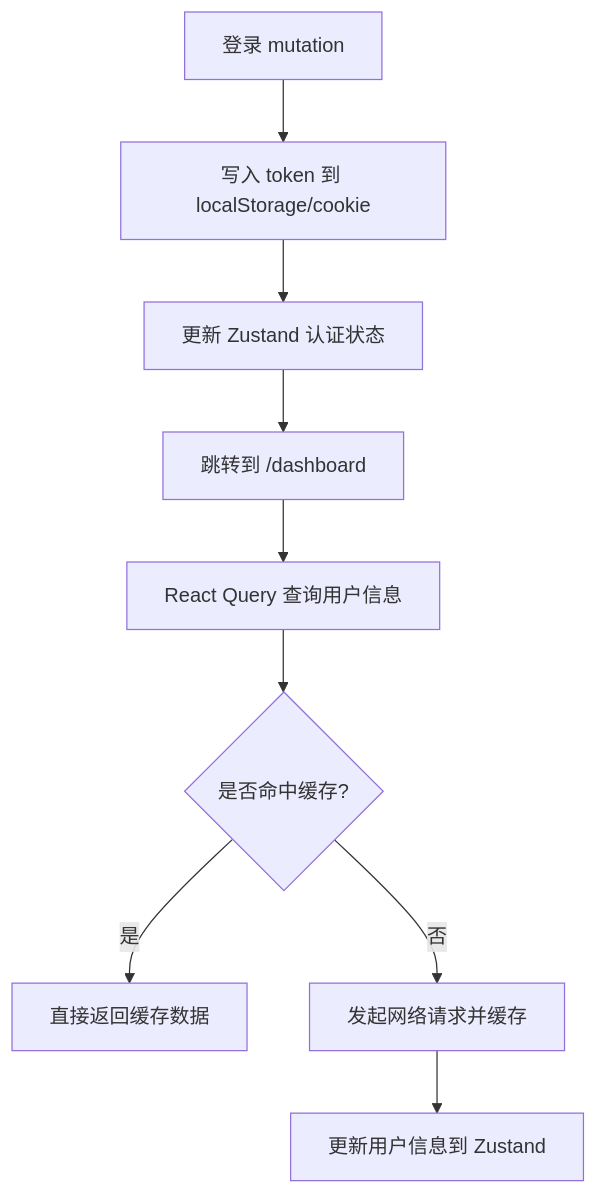
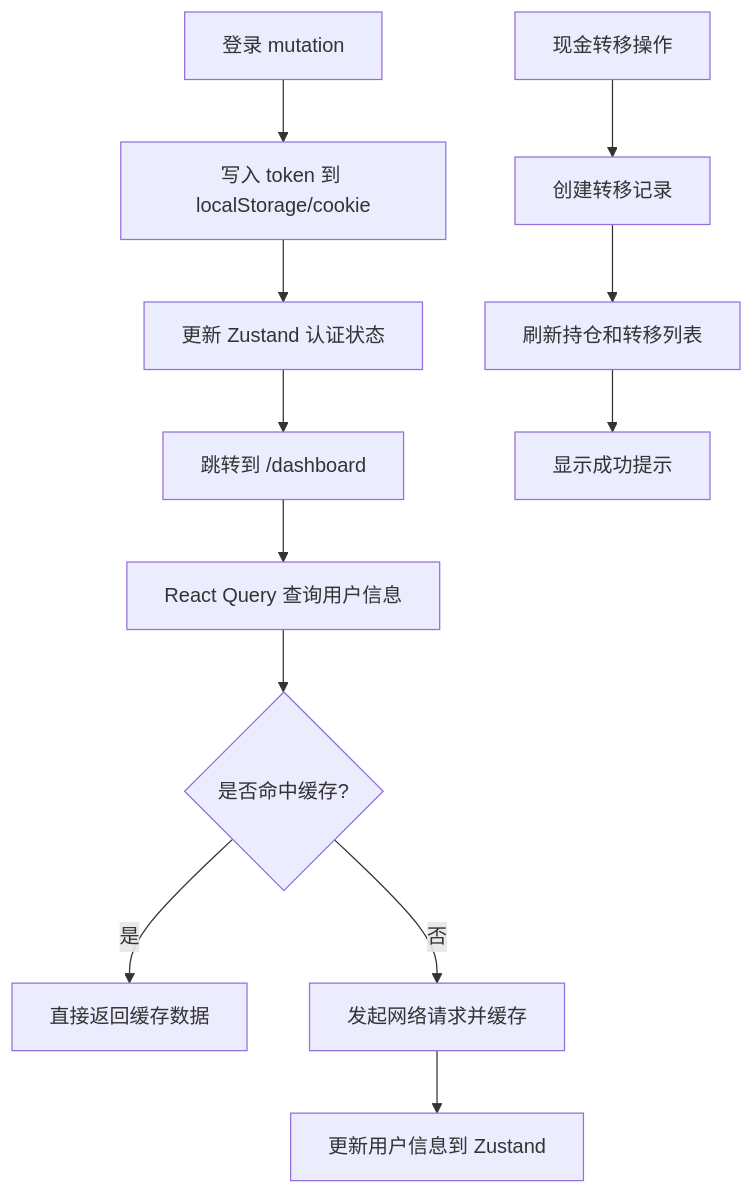
One commit to gujialind/InvestRing changed the fifth of 8 diagrams in .qoder/repowiki/zh/content/前端应用架构/前端应用架构.md. Above: the diagram before and after it, drawn with Mermaid. The commit also changed other lines of this file and 42 other files, not shown here.

````diff
--- a/.qoder/repowiki/zh/content/前端应用架构/前端应用架构.md
+++ b/.qoder/repowiki/zh/content/前端应用架构/前端应用架构.md
@@ -310,11 +340,14 @@
 ```mermaid
 flowchart TD
 A["登录 mutation"] --> B["写入 token 到 localStorage/cookie"]
 B --> C["更新 Zustand 认证状态"]
 C --> D["跳转到 /dashboard"]
 D --> E["React Query 查询用户信息"]
 E --> F{"是否命中缓存?"}
 F --> |是| G["直接返回缓存数据"]
 F --> |否| H["发起网络请求并缓存"]
 H --> I["更新用户信息到 Zustand"]
+J["现金转移操作"] --> K["创建转移记录"]
+K --> L["刷新持仓和转移列表"]
+L --> M["显示成功提示"]
 ```
````
